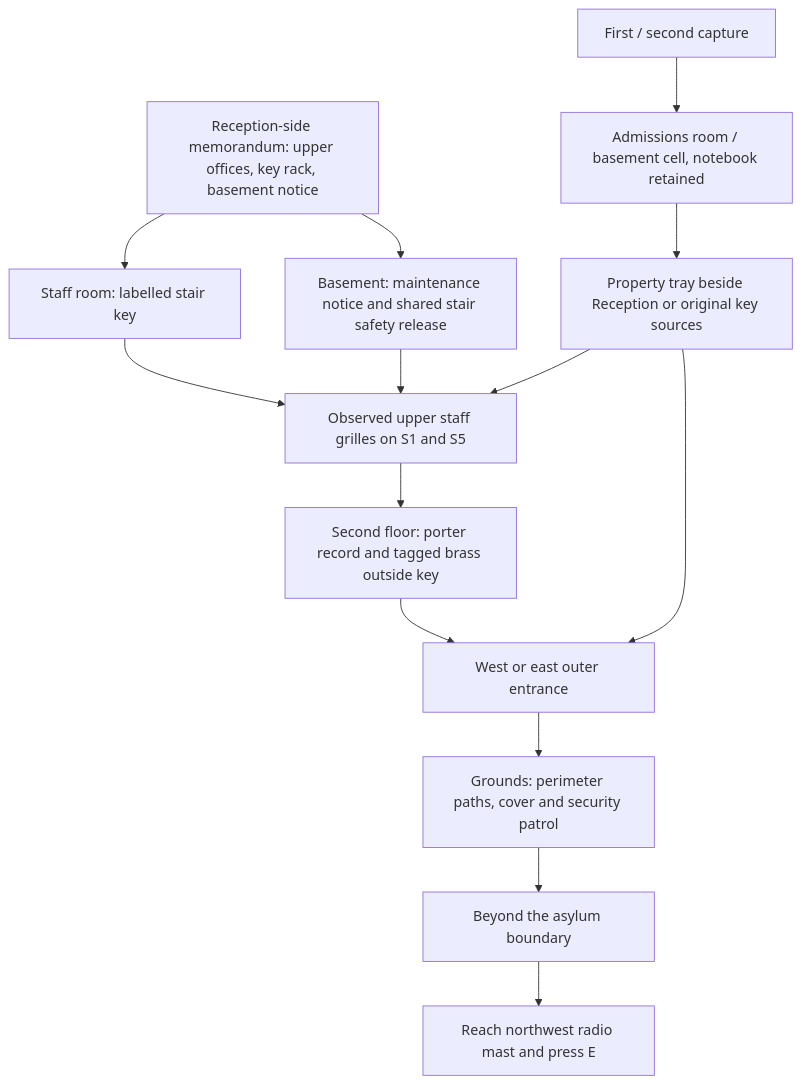
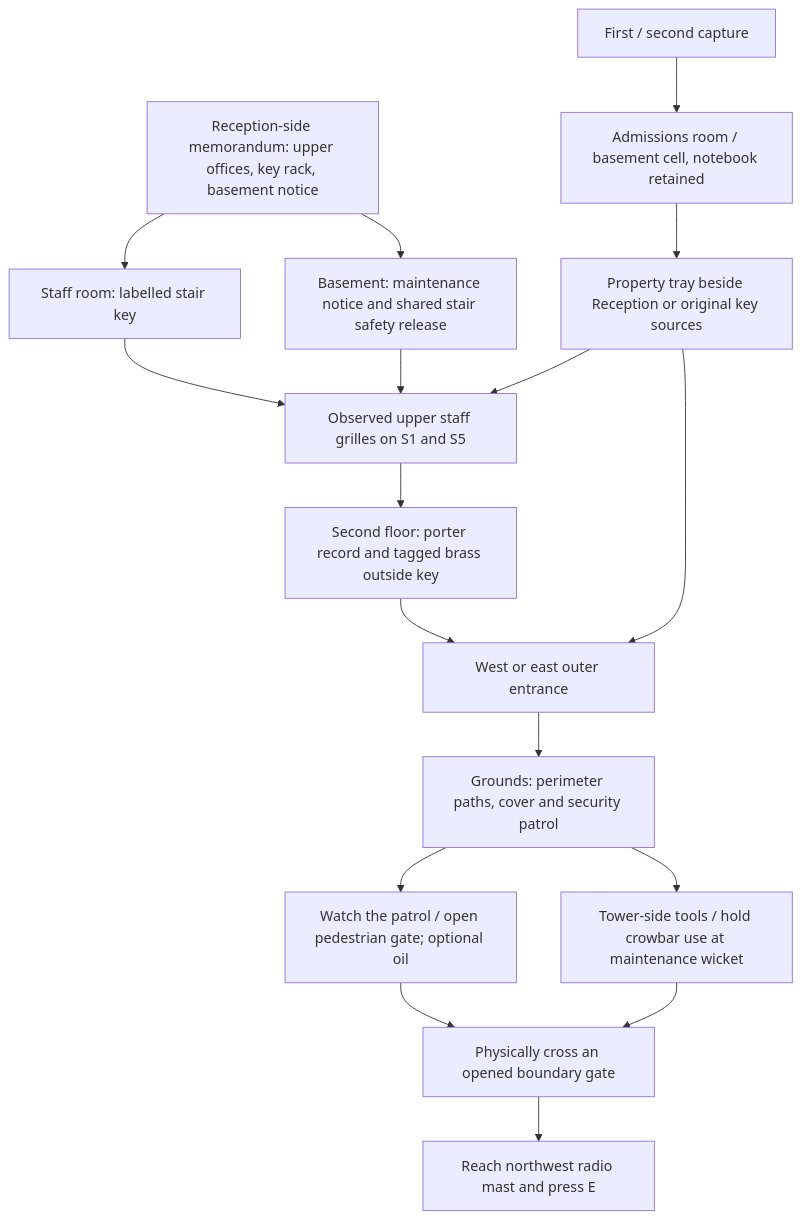
One commit to hjennerway/escape-from-1829 changed the diagram in Browser/ESCAPE-DESIGN.md. Above: the diagram before and after it, drawn with Mermaid. The commit also changed other lines of this file and 1435 other files, not shown here.

````diff
--- a/Browser/ESCAPE-DESIGN.md
+++ b/Browser/ESCAPE-DESIGN.md
@@ -7,20 +7,24 @@
 ```mermaid
 flowchart TD
   M[Reception-side memorandum: upper offices, key rack, basement notice]
   K[Staff room: labelled stair key]
   B[Basement: maintenance notice and shared stair safety release]
   G[Observed upper staff grilles on S1 and S5]
   O[Second floor: porter record and tagged brass outside key]
   D[West or east outer entrance]
   P[Grounds: perimeter paths, cover and security patrol]
-  X[Beyond the asylum boundary]
+  G1[Watch the patrol / open pedestrian gate; optional oil]
+  G2[Tower-side tools / hold crowbar use at maintenance wicket]
+  X[Physically cross an opened boundary gate]
   E[Reach northwest radio mast and press E]
   M --> K --> G --> O
   M --> B --> G
-  O --> D --> P --> X --> E
+  O --> D --> P
+  P --> G1 --> X --> E
+  P --> G2 --> X
   C[First / second capture]
   C --> W[Admissions room / basement cell, notebook retained]
   W --> T[Property tray beside Reception or original key sources]
   T --> G
   T --> D
 ```
````
